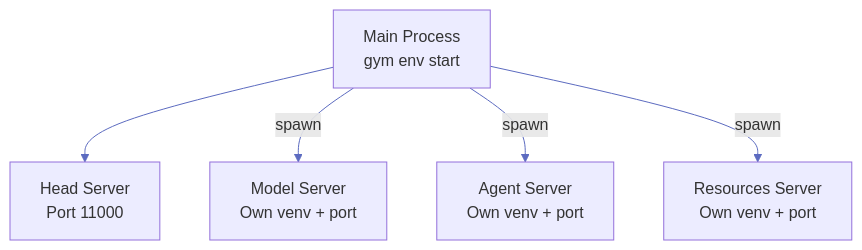
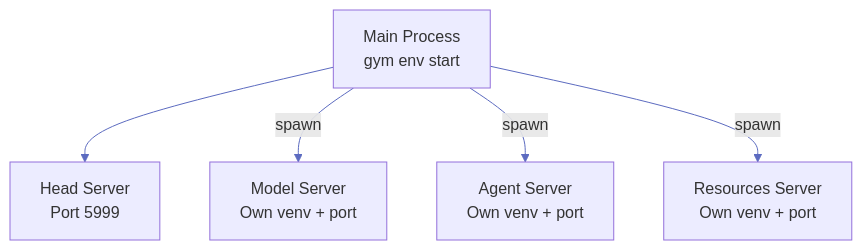
One commit to NVIDIA-NeMo/Gym changed the second of 4 diagrams in fern/versions/latest/pages/infrastructure/engineering-notes/system-design.mdx. Above: the diagram before and after it, drawn with Mermaid. The commit also changed other lines of this file and 4 other files, not shown here.

````diff
--- a/fern/versions/latest/pages/infrastructure/engineering-notes/system-design.mdx
+++ b/fern/versions/latest/pages/infrastructure/engineering-notes/system-design.mdx
@@ -47,14 +49,14 @@
 ```mermaid
 %%{init: {'theme': 'default', 'themeVariables': { 'lineColor': '#5c6bc0', 'primaryTextColor': '#333'}}}%%
 flowchart TB
     Main["Main Process<br/>gym env start"]
-    Head["Head Server<br/>Port 11000"]
+    Head["Head Server<br/>Port 5999"]
     Model["Model Server<br/>Own venv + port"]
     Agent["Agent Server<br/>Own venv + port"]
     Resources["Resources Server<br/>Own venv + port"]
     
     Main --> Head
     Main -->|spawn| Model
     Main -->|spawn| Agent
     Main -->|spawn| Resources
 ```
````
